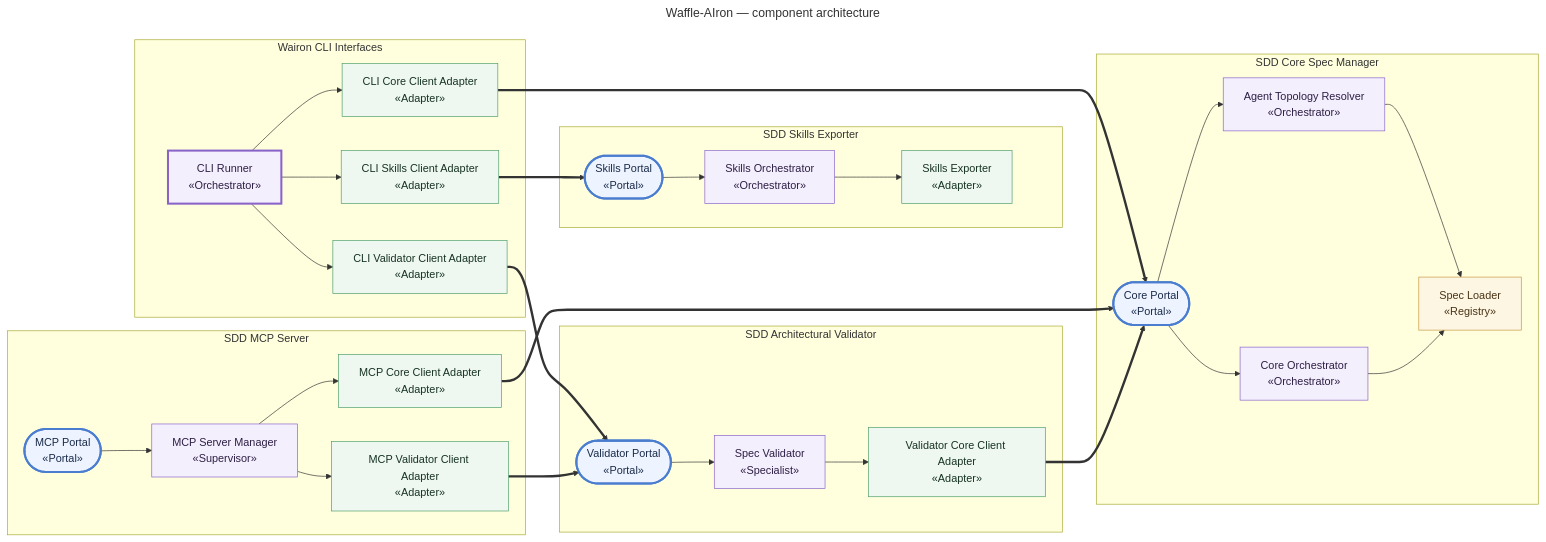
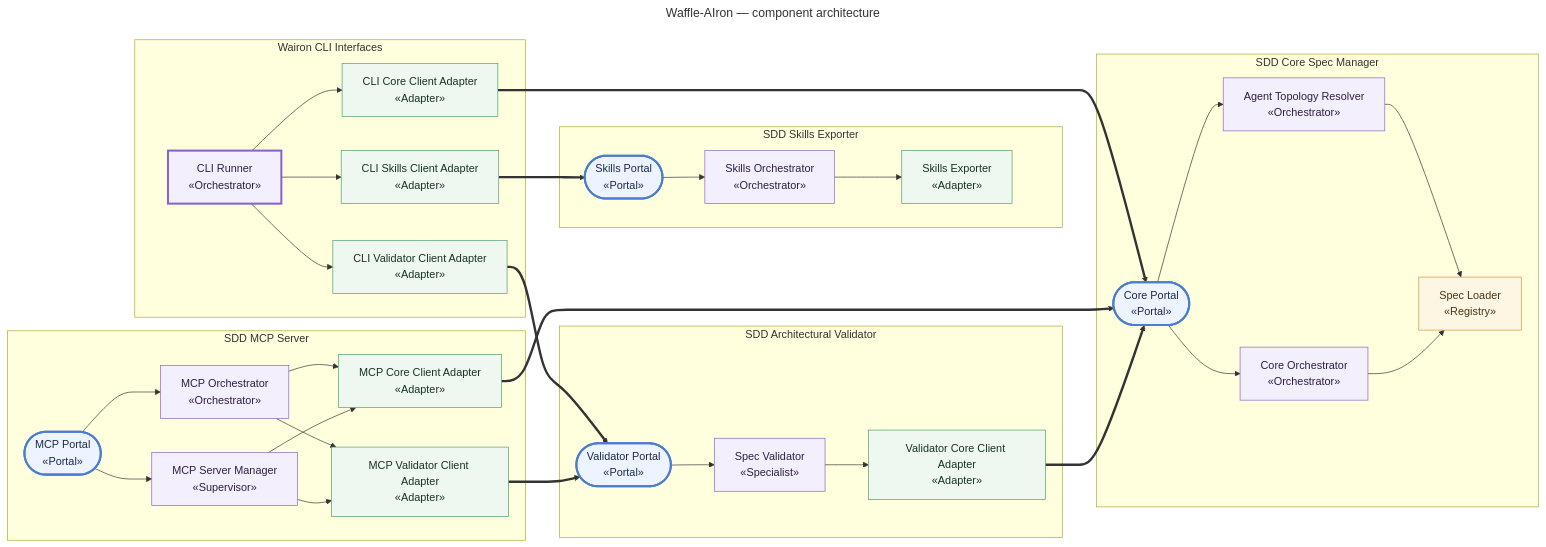
Before and after one commit to SYW-Apps/Waffle-AIron: the diagram in .wai/docs/diagrams/system.md, drawn with Mermaid. The commit also changed 43 other files, not shown here.

First line of the commit message:
fix(dogfood): truth pass on wairon's own spec tree — honest MCP modeling, real sourcePaths, owner-scoped topology

````diff
--- a/.wai/docs/diagrams/system.md
+++ b/.wai/docs/diagrams/system.md
@@ -5,66 +5,70 @@
 ```mermaid
 ---
 title: "Waffle-AIron — component architecture"
 ---
 flowchart LR
   subgraph sub_sdd_core["SDD Core Spec Manager"]
     agent_resolver["Agent Topology Resolver<br/>«Orchestrator»"]
     core_orchestrator["Core Orchestrator<br/>«Orchestrator»"]
     core_portal(["Core Portal<br/>«Portal»"])
     spec_loader["Spec Loader<br/>«Registry»"]
   end
   subgraph sub_sdd_cli["Wairon CLI Interfaces"]
     cli_core_adapter["CLI Core Client Adapter<br/>«Adapter»"]
     cli_runner["CLI Runner<br/>«Orchestrator»"]
     cli_skills_adapter["CLI Skills Client Adapter<br/>«Adapter»"]
     cli_validator_adapter["CLI Validator Client Adapter<br/>«Adapter»"]
   end
   subgraph sub_sdd_mcp["SDD MCP Server"]
     mcp_core_adapter["MCP Core Client Adapter<br/>«Adapter»"]
+    mcp_orchestrator["MCP Orchestrator<br/>«Orchestrator»"]
     mcp_portal(["MCP Portal<br/>«Portal»"])
     mcp_server["MCP Server Manager<br/>«Supervisor»"]
     mcp_validator_adapter["MCP Validator Client Adapter<br/>«Adapter»"]
   end
   subgraph sub_sdd_skills["SDD Skills Exporter"]
     skills_exporter["Skills Exporter<br/>«Adapter»"]
     skills_orchestrator["Skills Orchestrator<br/>«Orchestrator»"]
     skills_portal(["Skills Portal<br/>«Portal»"])
   end
   subgraph sub_sdd_validator["SDD Architectural Validator"]
     spec_validator["Spec Validator<br/>«Specialist»"]
     validator_core_adapter["Validator Core Client Adapter<br/>«Adapter»"]
     validator_portal(["Validator Portal<br/>«Portal»"])
   end
   agent_resolver --> spec_loader
   cli_core_adapter ==> core_portal
   cli_runner --> cli_core_adapter
   cli_runner --> cli_validator_adapter
   cli_runner --> cli_skills_adapter
   cli_skills_adapter ==> skills_portal
   cli_validator_adapter ==> validator_portal
   core_orchestrator --> spec_loader
   core_portal --> agent_resolver
   core_portal --> core_orchestrator
   mcp_core_adapter ==> core_portal
+  mcp_orchestrator --> mcp_core_adapter
+  mcp_orchestrator --> mcp_validator_adapter
   mcp_portal --> mcp_server
+  mcp_portal --> mcp_orchestrator
   mcp_server --> mcp_core_adapter
   mcp_server --> mcp_validator_adapter
   mcp_validator_adapter ==> validator_portal
   skills_orchestrator --> skills_exporter
   skills_portal --> skills_orchestrator
   spec_validator --> validator_core_adapter
   validator_core_adapter ==> core_portal
   validator_portal --> spec_validator
 
   classDef entry fill:#eef4ff,stroke:#4a7dcf,color:#1a2b4a;
   classDef logic fill:#f4effd,stroke:#8a63c9,color:#2d1f45;
   classDef data fill:#fdf6e3,stroke:#c9963f,color:#4a3517;
   classDef adapter fill:#eef8f1,stroke:#4f9e6b,color:#173322;
   classDef pattern fill:#f6f8fa,stroke:#6a737d,color:#24292e;
   classDef publicSurface stroke-width:3px;
-  class agent_resolver,core_orchestrator,cli_runner,mcp_server,skills_orchestrator,spec_validator logic
+  class agent_resolver,core_orchestrator,cli_runner,mcp_orchestrator,mcp_server,skills_orchestrator,spec_validator logic
   class core_portal,mcp_portal,skills_portal,validator_portal entry
   class core_portal,cli_runner,mcp_portal,skills_portal,validator_portal publicSurface
   class spec_loader data
   class cli_core_adapter,cli_skills_adapter,cli_validator_adapter,mcp_core_adapter,mcp_validator_adapter,skills_exporter,validator_core_adapter adapter
 ```
````
